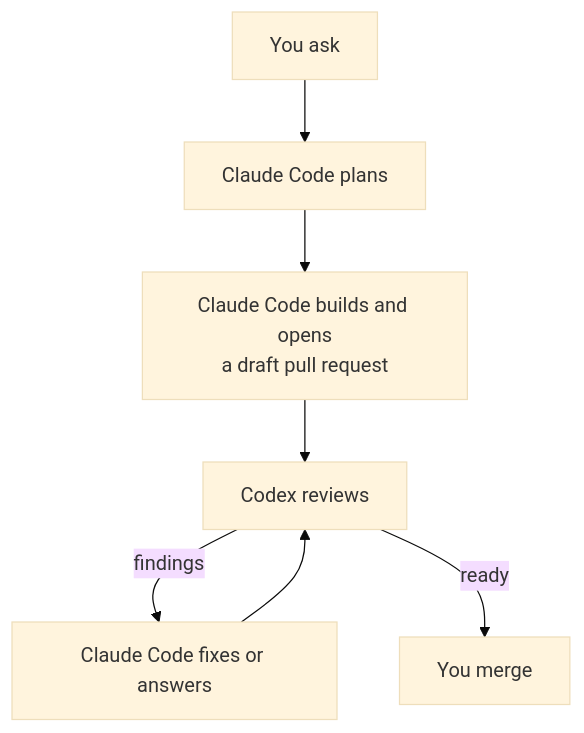
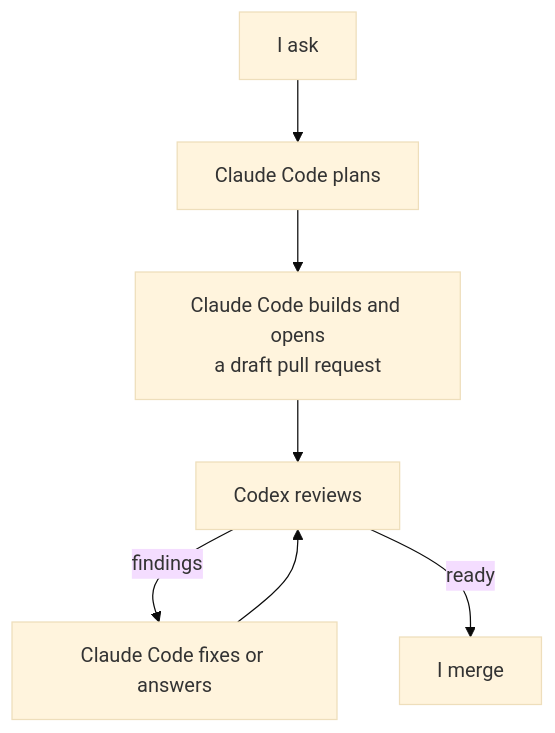
The diagram in docs/how-it-works.md (ericfurspan/mentat), drawn with Mermaid (base theme) before and after one commit. The commit also changed other lines of this file and 22 other files, not shown here.

````diff
--- a/docs/how-it-works.md
+++ b/docs/how-it-works.md
@@ -9,9 +7,9 @@
 ```mermaid
 flowchart TD
-    A["You ask"] --> B["Claude Code plans"]
+    A["I ask"] --> B["Claude Code plans"]
     B --> C["Claude Code builds and opens<br/>a draft pull request"]
     C --> D["Codex reviews"]
     D -- findings --> E["Claude Code fixes or answers"]
     E --> D
-    D -- ready --> F["You merge"]
+    D -- ready --> F["I merge"]
 ```
````
